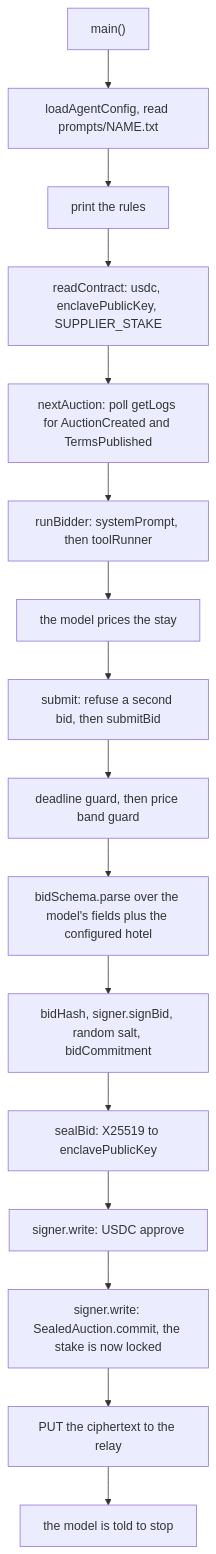
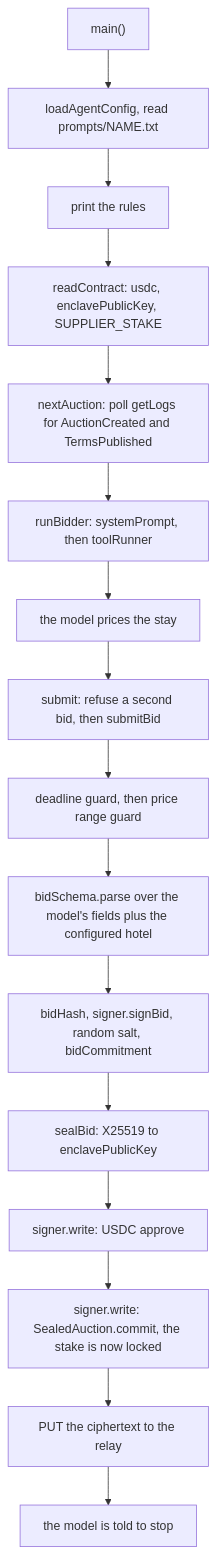
Before and after one commit to zguesmi/perdiem: the diagram in agents/README.md, drawn with Mermaid. The commit also changed other lines of this file and 17 other files, not shown here.

First line of the commit message:
refactor: rename priceBand to priceRange and keep the model out of the tests

````diff
--- a/agents/README.md
+++ b/agents/README.md
@@ -36,19 +36,19 @@
 ```mermaid
 flowchart TD
   main["main()"] --> load["loadAgentConfig, read prompts/NAME.txt"]
   load --> print["print the rules"]
   print --> reads["readContract: usdc, enclavePublicKey, SUPPLIER_STAKE"]
   reads --> watch["nextAuction: poll getLogs for AuctionCreated and TermsPublished"]
   watch --> run["runBidder: systemPrompt, then toolRunner"]
   run --> model["the model prices the stay"]
   model --> submit["submit: refuse a second bid, then submitBid"]
 
-  submit --> g1["deadline guard, then price band guard"]
+  submit --> g1["deadline guard, then price range guard"]
   g1 --> g2["bidSchema.parse over the model's fields plus the configured hotel"]
   g2 --> g3["bidHash, signer.signBid, random salt, bidCommitment"]
   g3 --> g4["sealBid: X25519 to enclavePublicKey"]
   g4 --> w1["signer.write: USDC approve"]
   w1 --> w2["signer.write: SealedAuction.commit, the stake is now locked"]
   w2 --> post["PUT the ciphertext to the relay"]
   post --> done["the model is told to stop"]
 ```
````
